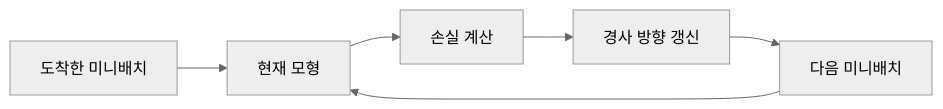
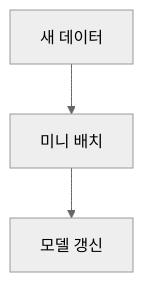
Before and after one commit to umyunsang/edu: the diagram in ComputerScience/03_ai-ml-data/ml-projects/notes/06. 점진 학습과 확률적 경사 하강법.md, drawn with Mermaid (neutral theme). The commit also changed other lines of this file and 5 other files, not shown here.

````diff
--- a/ComputerScience/03_ai-ml-data/ml-projects/notes/06. 점진 학습과 확률적 경사 하강법.md
+++ b/ComputerScience/03_ai-ml-data/ml-projects/notes/06. 점진 학습과 확률적 경사 하강법.md
@@ -34,8 +19,5 @@
 ```mermaid
-flowchart LR
-    A[도착한 미니배치] --> B[현재 모형]
-    B --> C[손실 계산]
-    C --> D[경사 방향 갱신]
-    D --> E[다음 미니배치]
-    E --> B
+flowchart TB
+    A[새 데이터] --> B[미니 배치]
+    B --> C[모델 갱신]
 ```
````
